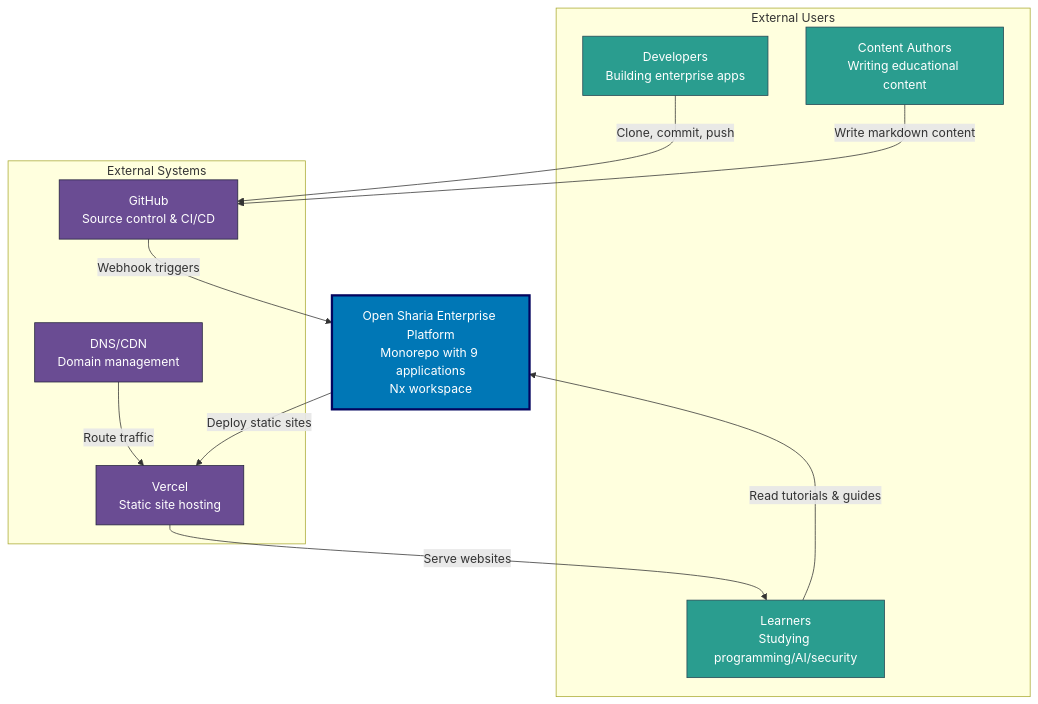
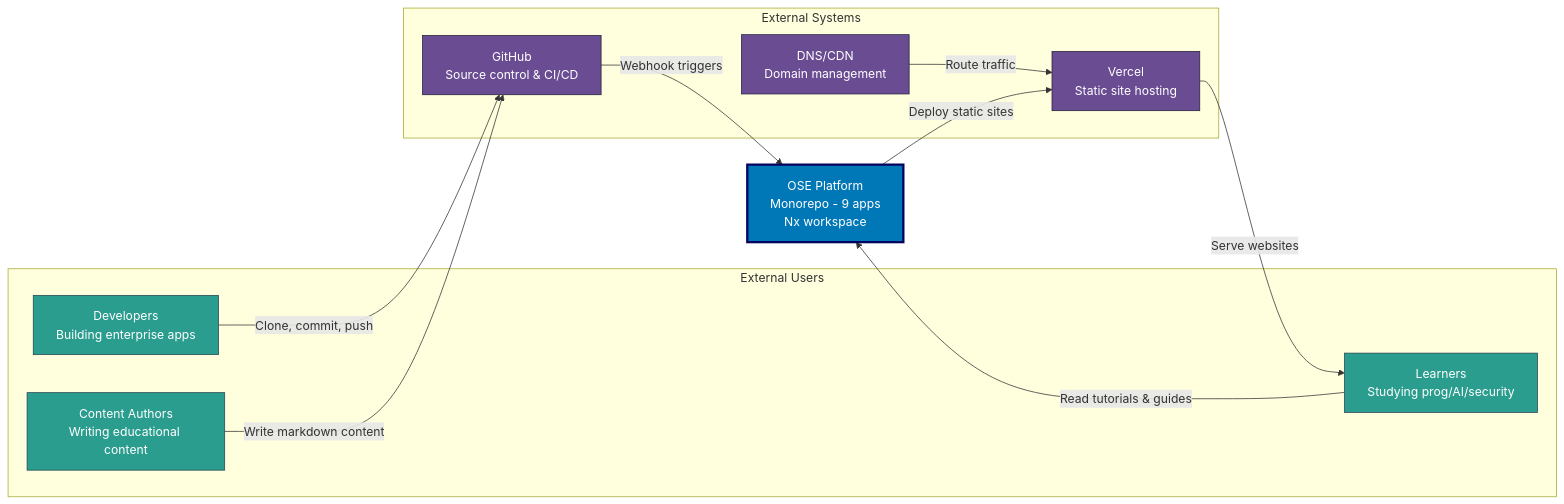
The diagram in docs/reference/system-architecture/README.md (wahidyankf/open-sharia-enterprise), drawn with Mermaid before and after one commit. The commit also changed 9 other files, not shown here.

First line of the commit message:
fix(docs): fix mermaid violations in architecture docs

````diff
--- a/docs/reference/system-architecture/README.md
+++ b/docs/reference/system-architecture/README.md
@@ -38,33 +38,33 @@
 ```mermaid
-graph TB
+graph LR
     subgraph "External Users"
         DEVS[Developers<br/>Building enterprise apps]
         AUTHORS[Content Authors<br/>Writing educational content]
-        LEARNERS[Learners<br/>Studying programming/AI/security]
+        LEARNERS[Learners<br/>Studying prog/AI/security]
     end
 
-    OSE_PLATFORM[Open Sharia Enterprise Platform<br/>Monorepo with 9 applications<br/>Nx workspace]
+    OSE_PLATFORM[OSE Platform<br/>Monorepo - 9 apps<br/>Nx workspace]
 
     subgraph "External Systems"
         GITHUB[GitHub<br/>Source control & CI/CD]
         VERCEL[Vercel<br/>Static site hosting]
         DNS[DNS/CDN<br/>Domain management]
     end
 
     DEVS -->|Clone, commit, push| GITHUB
     AUTHORS -->|Write markdown content| GITHUB
     LEARNERS -->|Read tutorials & guides| OSE_PLATFORM
 
     GITHUB -->|Webhook triggers| OSE_PLATFORM
     OSE_PLATFORM -->|Deploy static sites| VERCEL
     VERCEL -->|Serve websites| LEARNERS
     DNS -->|Route traffic| VERCEL
 
     style OSE_PLATFORM fill:#0077b6,stroke:#03045e,color:#ffffff,stroke-width:3px
     style DEVS fill:#2a9d8f,stroke:#264653,color:#ffffff
     style AUTHORS fill:#2a9d8f,stroke:#264653,color:#ffffff
     style LEARNERS fill:#2a9d8f,stroke:#264653,color:#ffffff
     style GITHUB fill:#6a4c93,stroke:#22223b,color:#ffffff
     style VERCEL fill:#6a4c93,stroke:#22223b,color:#ffffff
     style DNS fill:#6a4c93,stroke:#22223b,color:#ffffff
 ```
````
